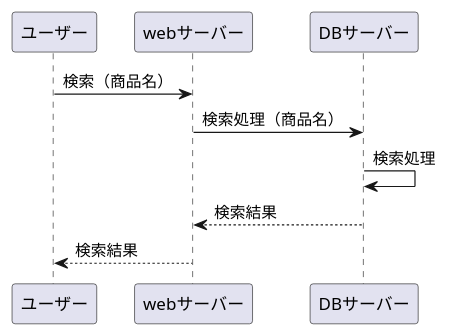
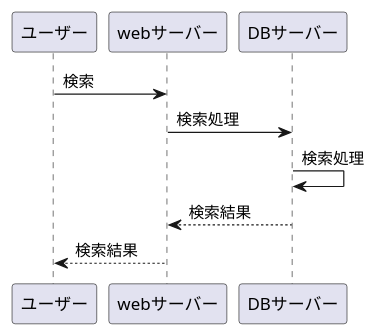
One commit to Aso2001168/2021sys-design changed the diagram in sample.md. Above: the diagram before and after it, drawn with PlantUML.

```diff
--- a/sample.md
+++ b/sample.md
@@ -2,9 +2,9 @@
 @startuml
 
-ユーザー -> webサーバー : 検索（商品名）
-webサーバー -> DBサーバー : 検索処理（商品名）
+ユーザー -> webサーバー : 検索
+webサーバー -> DBサーバー : 検索処理
 DBサーバー -> DBサーバー : 検索処理
 DBサーバー --> webサーバー : 検索結果
 webサーバー --> ユーザー : 検索結果
 
 @enduml
```
